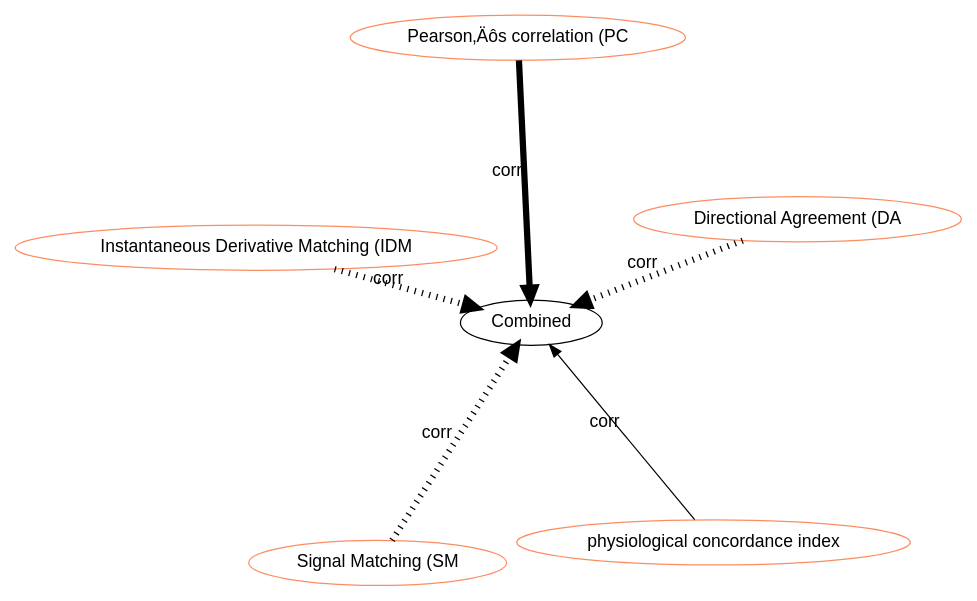
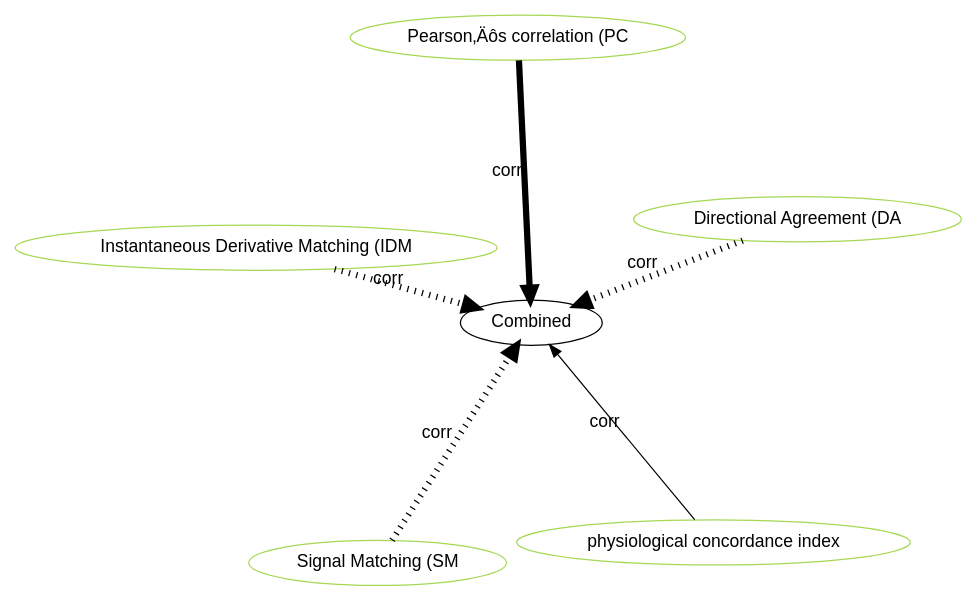
The diagram in graphviz/Combined.gv (hgse-schneider/mmca), drawn with Graphviz before and after one commit. The commit also changed 115 other files, not shown here.

```diff
--- a/graphviz/Combined.gv
+++ b/graphviz/Combined.gv
@@ -1,40 +1,40 @@
 digraph world {
         size="10,10";
         layout=neato
         graph [fontname = "helvetica"];
         node [fontname = "helvetica", colorscheme=set28];
         edge [fontname = "helvetica", colorscheme=set28];
 
 	"Combined" [href="index.svg"];
-	"physiological concordance index" [href="https://scholar.google.com/scholar?hl=en&q=Are%20we%20together%20or%20not?%20The%20temporal%20interplay%20of%20monitoring,%20physiological%20arousal%20and%20physiological%20synchrony%20during%20a%20collaborative%20exam" target="_blank" , color="2"];
-	"Signal Matching (SM" [href="https://scholar.google.com/scholar?hl=en&q=Using%20Physiological%20Synchrony%20as%20an%20Indicator%20of%20Collaboration%20Quality,%20Task%20Performance%20and%20Learning" target="_blank" , color="2"];
-	"Instantaneous Derivative Matching (IDM" [href="https://scholar.google.com/scholar?hl=en&q=Using%20Physiological%20Synchrony%20as%20an%20Indicator%20of%20Collaboration%20Quality,%20Task%20Performance%20and%20Learning" target="_blank" , color="2"];
-	"Directional Agreement (DA" [href="https://scholar.google.com/scholar?hl=en&q=Using%20Physiological%20Synchrony%20as%20an%20Indicator%20of%20Collaboration%20Quality,%20Task%20Performance%20and%20Learning" target="_blank" , color="2"];
-	"Pearson‚Äôs correlation (PC" [href="https://scholar.google.com/scholar?hl=en&q=Using%20Physiological%20Synchrony%20as%20an%20Indicator%20of%20Collaboration%20Quality,%20Task%20Performance%20and%20Learning" target="_blank" , color="2"];
-	"Signal Matching (SM" [href="https://scholar.google.com/scholar?hl=en&q=Using%20Physiological%20Synchrony%20as%20an%20Indicator%20of%20Collaboration%20Quality,%20Task%20Performance%20and%20Learning" target="_blank" , color="2"];
-	"Instantaneous Derivative Matching (IDM" [href="https://scholar.google.com/scholar?hl=en&q=Using%20Physiological%20Synchrony%20as%20an%20Indicator%20of%20Collaboration%20Quality,%20Task%20Performance%20and%20Learning" target="_blank" , color="2"];
-	"Pearson‚Äôs correlation (PC" [href="https://scholar.google.com/scholar?hl=en&q=Using%20Physiological%20Synchrony%20as%20an%20Indicator%20of%20Collaboration%20Quality,%20Task%20Performance%20and%20Learning" target="_blank" , color="2"];
-	"Directional Agreement (DA" [href="https://scholar.google.com/scholar?hl=en&q=Using%20Physiological%20Synchrony%20as%20an%20Indicator%20of%20Collaboration%20Quality,%20Task%20Performance%20and%20Learning" target="_blank" , color="2"];
-	"Signal Matching (SM" [href="https://scholar.google.com/scholar?hl=en&q=Using%20Physiological%20Synchrony%20as%20an%20Indicator%20of%20Collaboration%20Quality,%20Task%20Performance%20and%20Learning" target="_blank" , color="2"];
-	"Instantaneous Derivative Matching (IDM" [href="https://scholar.google.com/scholar?hl=en&q=Using%20Physiological%20Synchrony%20as%20an%20Indicator%20of%20Collaboration%20Quality,%20Task%20Performance%20and%20Learning" target="_blank" , color="2"];
-	"Pearson‚Äôs correlation (PC" [href="https://scholar.google.com/scholar?hl=en&q=Using%20Physiological%20Synchrony%20as%20an%20Indicator%20of%20Collaboration%20Quality,%20Task%20Performance%20and%20Learning" target="_blank" , color="2"];
-	"Directional Agreement (DA" [href="https://scholar.google.com/scholar?hl=en&q=Using%20Physiological%20Synchrony%20as%20an%20Indicator%20of%20Collaboration%20Quality,%20Task%20Performance%20and%20Learning" target="_blank" , color="2"];
-	"Signal Matching (SM" [href="https://scholar.google.com/scholar?hl=en&q=Using%20Physiological%20Synchrony%20as%20an%20Indicator%20of%20Collaboration%20Quality,%20Task%20Performance%20and%20Learning" target="_blank" , color="2"];
-	"Instantaneous Derivative Matching (IDM" [href="https://scholar.google.com/scholar?hl=en&q=Using%20Physiological%20Synchrony%20as%20an%20Indicator%20of%20Collaboration%20Quality,%20Task%20Performance%20and%20Learning" target="_blank" , color="2"];
-	"Pearson‚Äôs correlation (PC" [href="https://scholar.google.com/scholar?hl=en&q=Using%20Physiological%20Synchrony%20as%20an%20Indicator%20of%20Collaboration%20Quality,%20Task%20Performance%20and%20Learning" target="_blank" , color="2"];
-	"Directional Agreement (DA" [href="https://scholar.google.com/scholar?hl=en&q=Using%20Physiological%20Synchrony%20as%20an%20Indicator%20of%20Collaboration%20Quality,%20Task%20Performance%20and%20Learning" target="_blank" , color="2"];
-	"Signal Matching (SM" [href="https://scholar.google.com/scholar?hl=en&q=Using%20Physiological%20Synchrony%20as%20an%20Indicator%20of%20Collaboration%20Quality,%20Task%20Performance%20and%20Learning" target="_blank" , color="2"];
-	"Instantaneous Derivative Matching (IDM" [href="https://scholar.google.com/scholar?hl=en&q=Using%20Physiological%20Synchrony%20as%20an%20Indicator%20of%20Collaboration%20Quality,%20Task%20Performance%20and%20Learning" target="_blank" , color="2"];
-	"Directional Agreement (DA" [href="https://scholar.google.com/scholar?hl=en&q=Using%20Physiological%20Synchrony%20as%20an%20Indicator%20of%20Collaboration%20Quality,%20Task%20Performance%20and%20Learning" target="_blank" , color="2"];
-	"Pearson‚Äôs correlation (PC" [href="https://scholar.google.com/scholar?hl=en&q=Using%20Physiological%20Synchrony%20as%20an%20Indicator%20of%20Collaboration%20Quality,%20Task%20Performance%20and%20Learning" target="_blank" , color="2"];
+	"physiological concordance index" [href="https://scholar.google.com/scholar?hl=en&q=Are%20we%20together%20or%20not?%20The%20temporal%20interplay%20of%20monitoring,%20physiological%20arousal%20and%20physiological%20synchrony%20during%20a%20collaborative%20exam" target="_blank" , color="5"];
+	"Signal Matching (SM" [href="https://scholar.google.com/scholar?hl=en&q=Using%20Physiological%20Synchrony%20as%20an%20Indicator%20of%20Collaboration%20Quality,%20Task%20Performance%20and%20Learning" target="_blank" , color="5"];
+	"Instantaneous Derivative Matching (IDM" [href="https://scholar.google.com/scholar?hl=en&q=Using%20Physiological%20Synchrony%20as%20an%20Indicator%20of%20Collaboration%20Quality,%20Task%20Performance%20and%20Learning" target="_blank" , color="5"];
+	"Directional Agreement (DA" [href="https://scholar.google.com/scholar?hl=en&q=Using%20Physiological%20Synchrony%20as%20an%20Indicator%20of%20Collaboration%20Quality,%20Task%20Performance%20and%20Learning" target="_blank" , color="5"];
+	"Pearson‚Äôs correlation (PC" [href="https://scholar.google.com/scholar?hl=en&q=Using%20Physiological%20Synchrony%20as%20an%20Indicator%20of%20Collaboration%20Quality,%20Task%20Performance%20and%20Learning" target="_blank" , color="5"];
+	"Signal Matching (SM" [href="https://scholar.google.com/scholar?hl=en&q=Using%20Physiological%20Synchrony%20as%20an%20Indicator%20of%20Collaboration%20Quality,%20Task%20Performance%20and%20Learning" target="_blank" , color="5"];
+	"Instantaneous Derivative Matching (IDM" [href="https://scholar.google.com/scholar?hl=en&q=Using%20Physiological%20Synchrony%20as%20an%20Indicator%20of%20Collaboration%20Quality,%20Task%20Performance%20and%20Learning" target="_blank" , color="5"];
+	"Pearson‚Äôs correlation (PC" [href="https://scholar.google.com/scholar?hl=en&q=Using%20Physiological%20Synchrony%20as%20an%20Indicator%20of%20Collaboration%20Quality,%20Task%20Performance%20and%20Learning" target="_blank" , color="5"];
+	"Directional Agreement (DA" [href="https://scholar.google.com/scholar?hl=en&q=Using%20Physiological%20Synchrony%20as%20an%20Indicator%20of%20Collaboration%20Quality,%20Task%20Performance%20and%20Learning" target="_blank" , color="5"];
+	"Signal Matching (SM" [href="https://scholar.google.com/scholar?hl=en&q=Using%20Physiological%20Synchrony%20as%20an%20Indicator%20of%20Collaboration%20Quality,%20Task%20Performance%20and%20Learning" target="_blank" , color="5"];
+	"Instantaneous Derivative Matching (IDM" [href="https://scholar.google.com/scholar?hl=en&q=Using%20Physiological%20Synchrony%20as%20an%20Indicator%20of%20Collaboration%20Quality,%20Task%20Performance%20and%20Learning" target="_blank" , color="5"];
+	"Pearson‚Äôs correlation (PC" [href="https://scholar.google.com/scholar?hl=en&q=Using%20Physiological%20Synchrony%20as%20an%20Indicator%20of%20Collaboration%20Quality,%20Task%20Performance%20and%20Learning" target="_blank" , color="5"];
+	"Directional Agreement (DA" [href="https://scholar.google.com/scholar?hl=en&q=Using%20Physiological%20Synchrony%20as%20an%20Indicator%20of%20Collaboration%20Quality,%20Task%20Performance%20and%20Learning" target="_blank" , color="5"];
+	"Signal Matching (SM" [href="https://scholar.google.com/scholar?hl=en&q=Using%20Physiological%20Synchrony%20as%20an%20Indicator%20of%20Collaboration%20Quality,%20Task%20Performance%20and%20Learning" target="_blank" , color="5"];
+	"Instantaneous Derivative Matching (IDM" [href="https://scholar.google.com/scholar?hl=en&q=Using%20Physiological%20Synchrony%20as%20an%20Indicator%20of%20Collaboration%20Quality,%20Task%20Performance%20and%20Learning" target="_blank" , color="5"];
+	"Pearson‚Äôs correlation (PC" [href="https://scholar.google.com/scholar?hl=en&q=Using%20Physiological%20Synchrony%20as%20an%20Indicator%20of%20Collaboration%20Quality,%20Task%20Performance%20and%20Learning" target="_blank" , color="5"];
+	"Directional Agreement (DA" [href="https://scholar.google.com/scholar?hl=en&q=Using%20Physiological%20Synchrony%20as%20an%20Indicator%20of%20Collaboration%20Quality,%20Task%20Performance%20and%20Learning" target="_blank" , color="5"];
+	"Signal Matching (SM" [href="https://scholar.google.com/scholar?hl=en&q=Using%20Physiological%20Synchrony%20as%20an%20Indicator%20of%20Collaboration%20Quality,%20Task%20Performance%20and%20Learning" target="_blank" , color="5"];
+	"Instantaneous Derivative Matching (IDM" [href="https://scholar.google.com/scholar?hl=en&q=Using%20Physiological%20Synchrony%20as%20an%20Indicator%20of%20Collaboration%20Quality,%20Task%20Performance%20and%20Learning" target="_blank" , color="5"];
+	"Directional Agreement (DA" [href="https://scholar.google.com/scholar?hl=en&q=Using%20Physiological%20Synchrony%20as%20an%20Indicator%20of%20Collaboration%20Quality,%20Task%20Performance%20and%20Learning" target="_blank" , color="5"];
+	"Pearson‚Äôs correlation (PC" [href="https://scholar.google.com/scholar?hl=en&q=Using%20Physiological%20Synchrony%20as%20an%20Indicator%20of%20Collaboration%20Quality,%20Task%20Performance%20and%20Learning" target="_blank" , color="5"];
 	"physiological concordance index" -> "Combined" [label="corr", labeltooltip=1, style="solid", penwidth=1];
 	"Signal Matching (SM" -> "Combined" [label="corr", labeltooltip=5, style="dotted", penwidth=5];
 	"Instantaneous Derivative Matching (IDM" -> "Combined" [label="corr", labeltooltip=5, style="dotted", penwidth=5];
 	"Directional Agreement (DA" -> "Combined" [label="corr", labeltooltip=5, style="dotted", penwidth=5];
 	"Pearson‚Äôs correlation (PC" -> "Combined" [label="corr", labeltooltip=5, style="solid", penwidth=5];
 
  overlap=false 
  splines = true; 
 
 
 }
```
